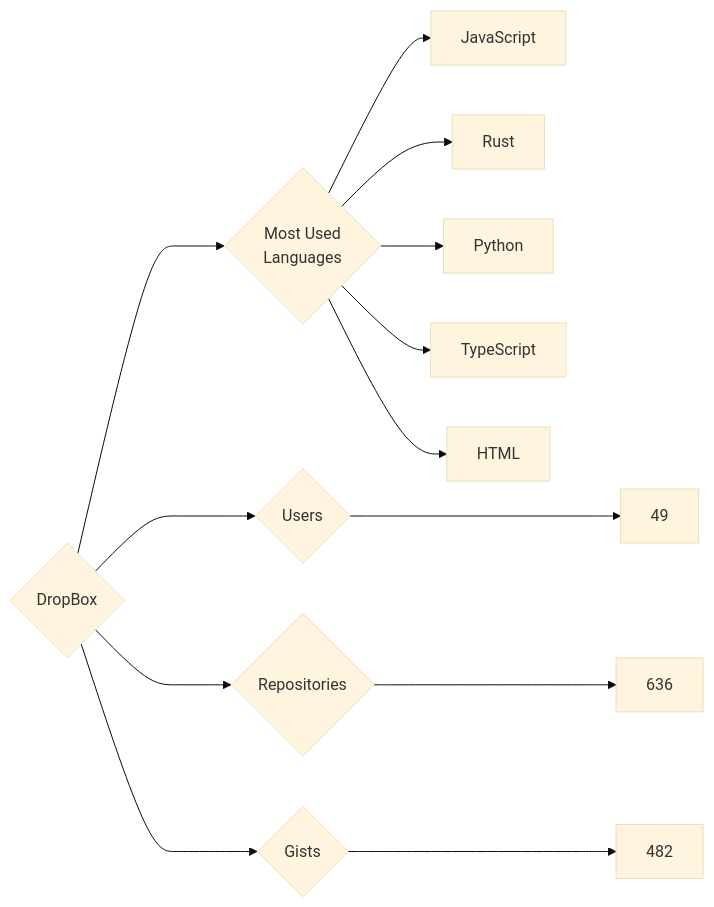
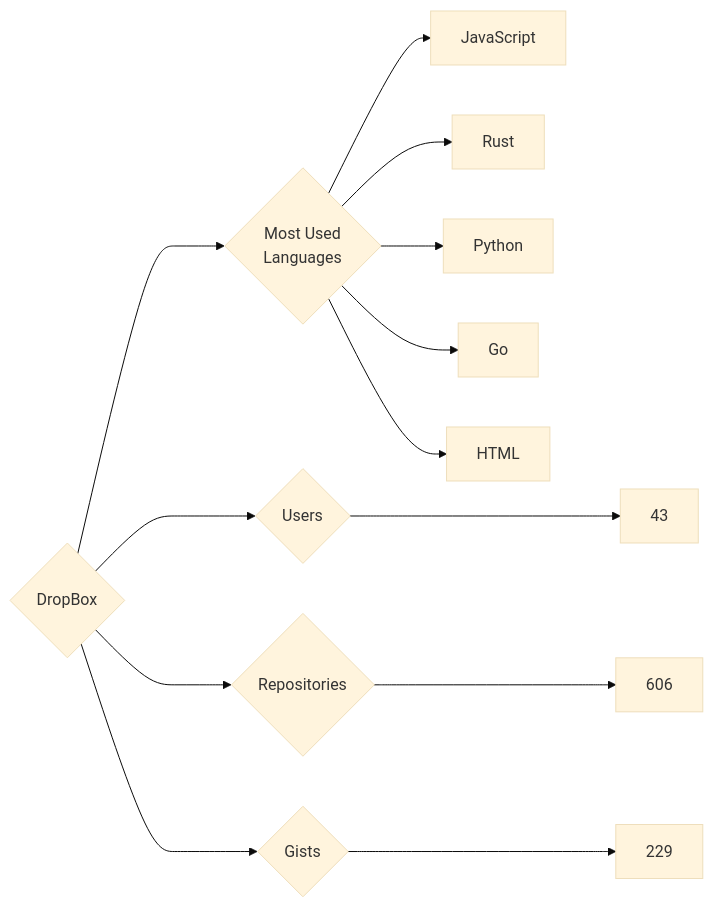
The diagram in targets/DropBox/README.md (trickest/insiders), drawn with Mermaid (base theme) before and after one commit. The commit also changed 930 other files, not shown here.

````diff
--- a/targets/DropBox/README.md
+++ b/targets/DropBox/README.md
@@ -3,13 +3,13 @@
 ```mermaid
 graph LR
 COMPANY_NAME{DropBox}
-COMPANY_NAME ---> U{Users} ---> UN[49]
-COMPANY_NAME ---> R{Repositories} ---> RN[636]
-COMPANY_NAME ---> G{Gists} ---> GN[482]
+COMPANY_NAME ---> U{Users} ---> UN[43]
+COMPANY_NAME ---> R{Repositories} ---> RN[606]
+COMPANY_NAME ---> G{Gists} ---> GN[229]
 COMPANY_NAME ---> ML{Most Used<br>Languages}
 ML --> JavaScript[JavaScript]
 ML --> Rust[Rust]
 ML --> Python[Python]
-ML --> TypeScript[TypeScript]
+ML --> Go[Go]
 ML --> HTML[HTML]
 ```
````
